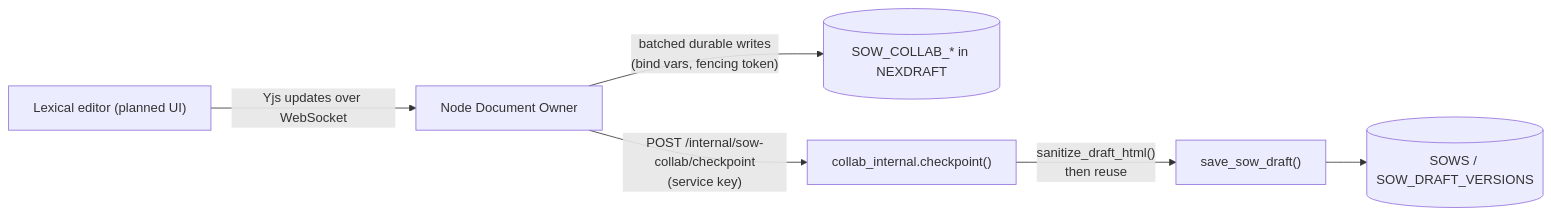
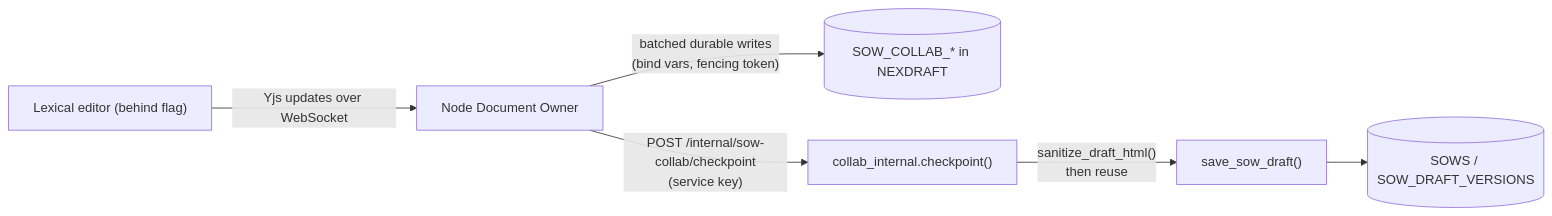
Before and after one commit to dinesh-blend360-india/SOW_project: the fifth of 5 diagrams in agent-handoff/SYSTEM_ARCHITECTURE.md, drawn with Mermaid. The commit also changed other lines of this file and 13 other files, not shown here.

````diff
--- a/agent-handoff/SYSTEM_ARCHITECTURE.md
+++ b/agent-handoff/SYSTEM_ARCHITECTURE.md
@@ -125,8 +124,8 @@
 ```mermaid
 flowchart LR
-    Lexical["Lexical editor (planned UI)"] -- "Yjs updates over WebSocket" --> Owner["Node Document Owner"]
+    Lexical["Lexical editor (behind flag)"] -- "Yjs updates over WebSocket" --> Owner["Node Document Owner"]
     Owner -- "batched durable writes\n(bind vars, fencing token)" --> SOWCOLLAB[(SOW_COLLAB_* in NEXDRAFT)]
     Owner -- "POST /internal/sow-collab/checkpoint\n(service key)" --> Internal["collab_internal.checkpoint()"]
     Internal -- "sanitize_draft_html()\nthen reuse" --> SaveDraft["save_sow_draft()"]
     SaveDraft --> SOWS[(SOWS / SOW_DRAFT_VERSIONS)]
 ```
````
